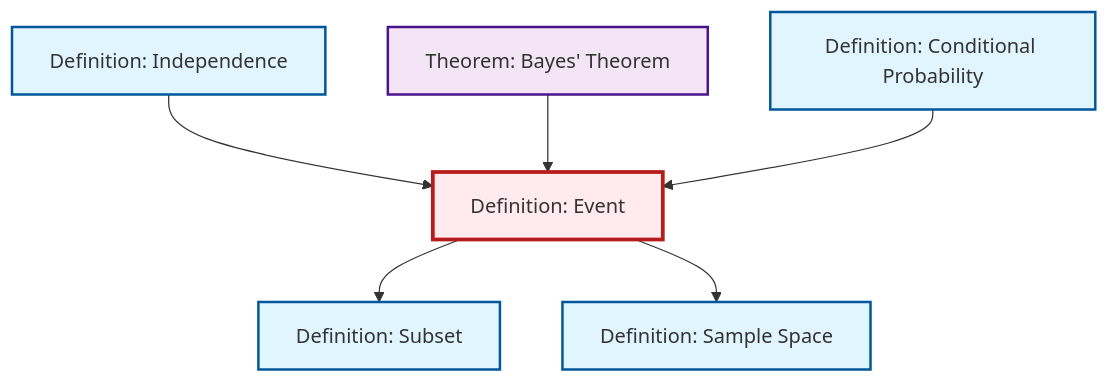
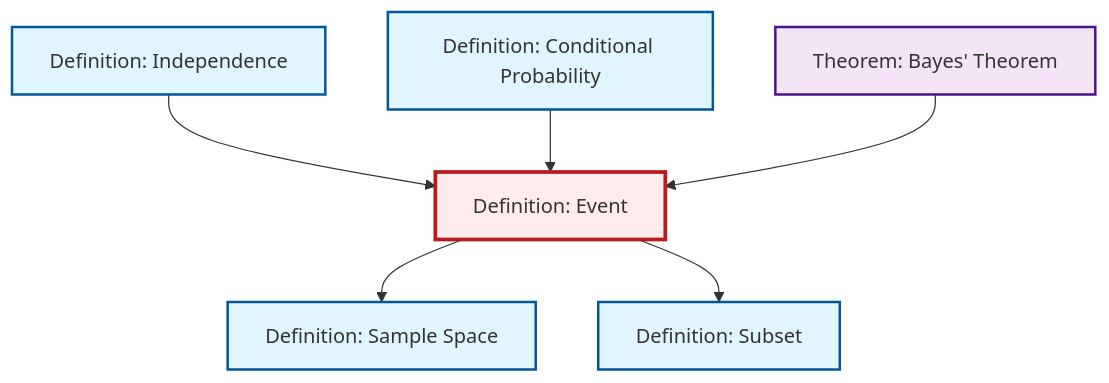
The diagram in content/ja/probability-statistics/def-event.qmd (RK0429/ModernMath), drawn with Mermaid before and after one commit. The commit also changed other lines of this file and 581 other files, not shown here.

````diff
--- a/content/ja/probability-statistics/def-event.qmd
+++ b/content/ja/probability-statistics/def-event.qmd
@@ -70,26 +70,26 @@
 ```{mermaid}
 %%| fig-cap: "Local dependency graph"
 graph TD
     classDef definition fill:#e1f5fe,stroke:#01579b,stroke-width:2px
     classDef theorem fill:#f3e5f5,stroke:#4a148c,stroke-width:2px
     classDef axiom fill:#fff3e0,stroke:#e65100,stroke-width:2px
     classDef example fill:#e8f5e9,stroke:#1b5e20,stroke-width:2px
     classDef current fill:#ffebee,stroke:#b71c1c,stroke-width:3px
-    def-event["Definition: Event"]:::definition
-    thm-bayes["Theorem: Bayes' Theorem"]:::theorem
-    def-sample-space["Definition: Sample Space"]:::definition
     def-independence["Definition: Independence"]:::definition
     def-subset["Definition: Subset"]:::definition
+    thm-bayes["Theorem: Bayes' Theorem"]:::theorem
+    def-event["Definition: Event"]:::definition
     def-conditional-probability["Definition: Conditional Probability"]:::definition
+    def-sample-space["Definition: Sample Space"]:::definition
+    def-event --> def-sample-space
+    def-independence --> def-event
+    def-conditional-probability --> def-event
     def-event --> def-subset
-    def-independence --> def-event
     thm-bayes --> def-event
-    def-conditional-probability --> def-event
-    def-event --> def-sample-space
     class def-event current
-    click thm-bayes "thm-bayes.html" "Theorem: Bayes' Theoremへ"
-    click def-sample-space "def-sample-space.html" "Definition: Sample Spaceへ"
     click def-independence "def-independence.html" "Definition: Independenceへ"
     click def-subset "def-subset.html" "Definition: Subsetへ"
+    click thm-bayes "thm-bayes.html" "Theorem: Bayes' Theoremへ"
     click def-conditional-probability "def-conditional-probability.html" "Definition: Conditional Probabilityへ"
+    click def-sample-space "def-sample-space.html" "Definition: Sample Spaceへ"
 ```
````
